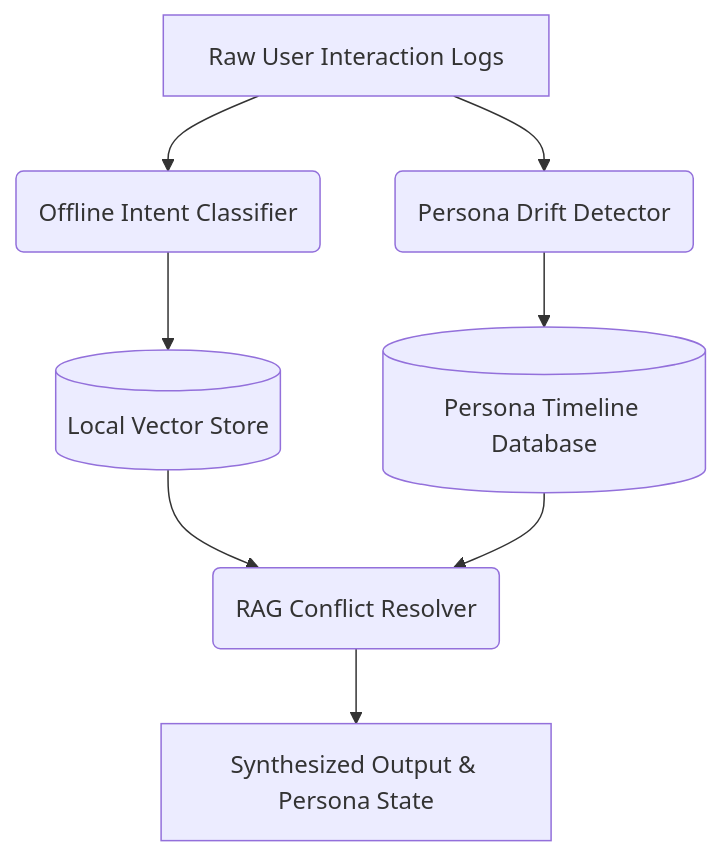
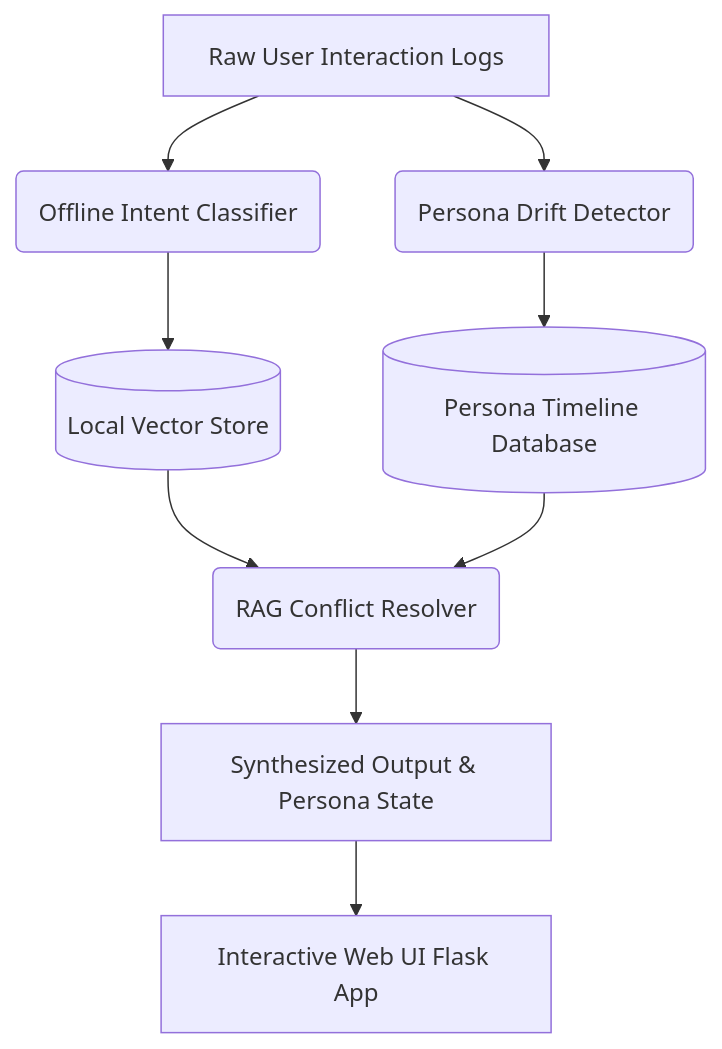
One commit to Arnaviitp/Adaptive-Persona-Engine changed the diagram in README.md. Above: the diagram before and after it, drawn with Mermaid. The commit also changed other lines of this file and 2 other files, not shown here.

````diff
--- a/README.md
+++ b/README.md
@@ -28,10 +29,11 @@
 ```mermaid
 graph TD;
     A[Raw User Interaction Logs] --> B(Offline Intent Classifier)
     A --> C(Persona Drift Detector)
     B --> D[(Local Vector Store)]
     C --> E[(Persona Timeline Database)]
     D --> F(RAG Conflict Resolver)
     E --> F
     F --> G[Synthesized Output & Persona State]
+    G --> H[Interactive Web UI Flask App]
 ```
````
